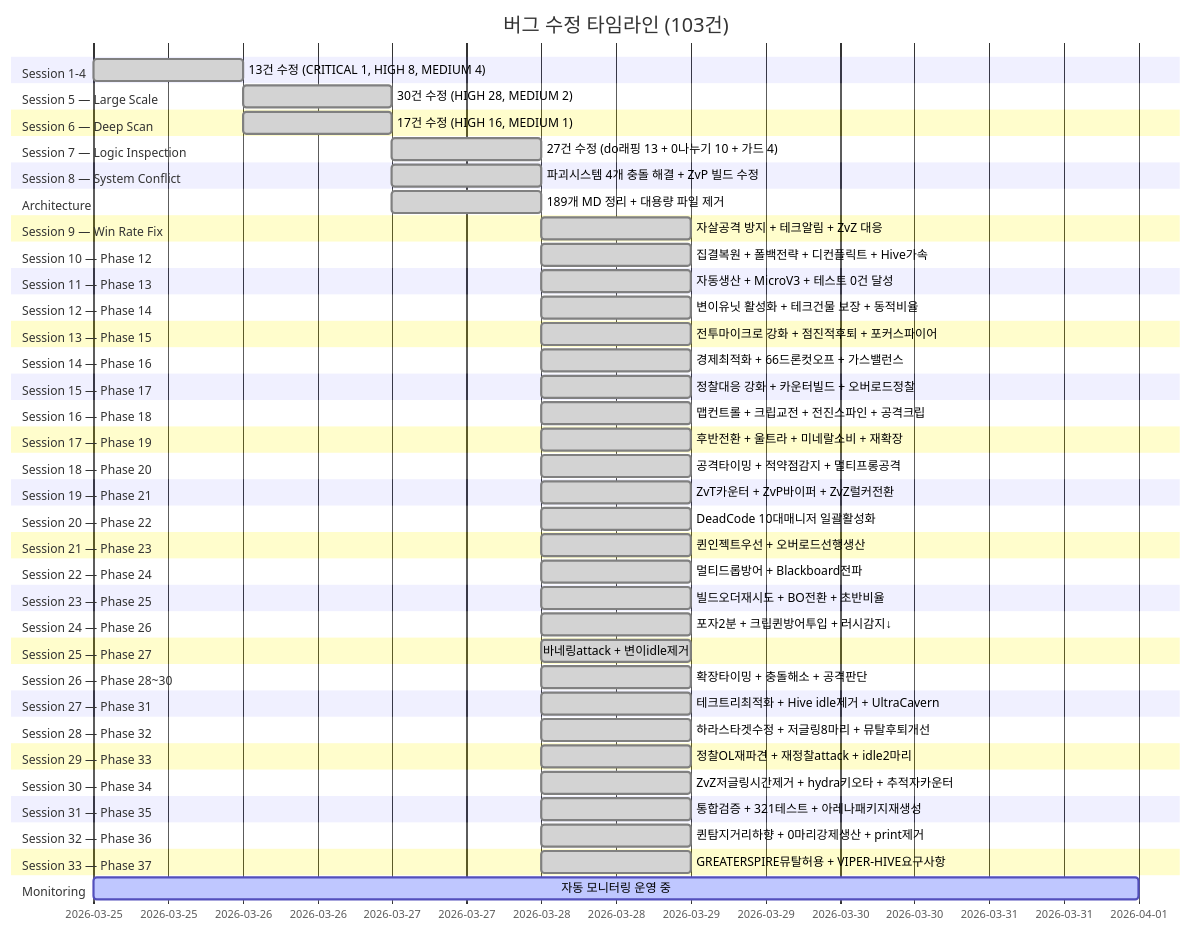
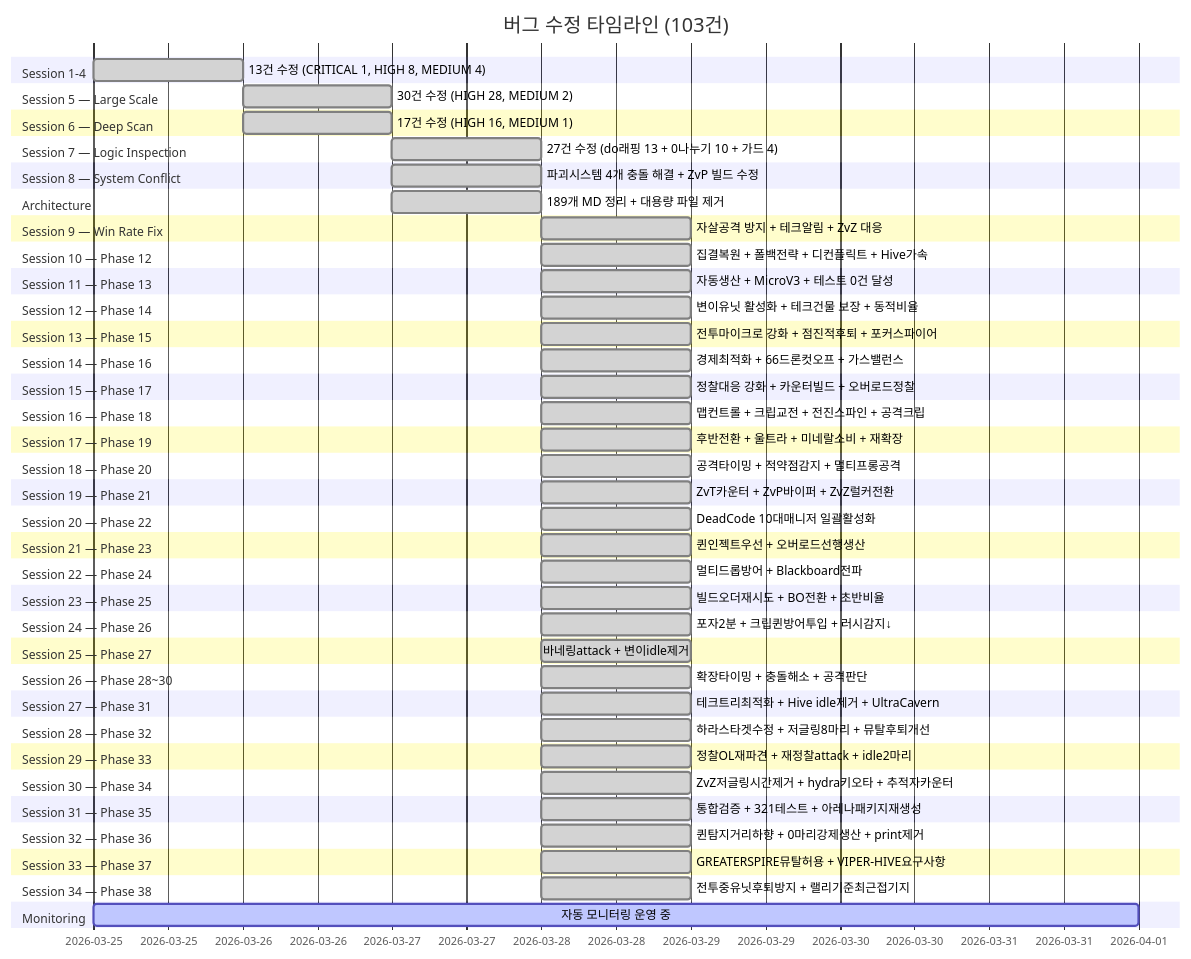
Before and after one commit to sun475300-sudo/Swarm-control-in-sc2bot: diagram 23 of 31 in README.md, drawn with Mermaid. The commit also changed other lines of this file and 2 other files, not shown here.

Commit message:
feat: Phase 38 전투집결시스템 — 전투중후퇴방지 + 랠리기준최전선기지동적변경

````diff
--- a/README.md
+++ b/README.md
@@ -633,69 +633,71 @@
 ```mermaid
 gantt
     title 버그 수정 타임라인 (103건)
     dateFormat YYYY-MM-DD
     section Session 1-4
         13건 수정 (CRITICAL 1, HIGH 8, MEDIUM 4)   :done, s1, 2026-03-25, 1d
     section Session 5 — Large Scale
         30건 수정 (HIGH 28, MEDIUM 2)              :done, s5, 2026-03-26, 1d
     section Session 6 — Deep Scan
         17건 수정 (HIGH 16, MEDIUM 1)              :done, s6, 2026-03-26, 1d
     section Session 7 — Logic Inspection
         27건 수정 (do래핑 13 + 0나누기 10 + 가드 4) :done, s7, 2026-03-27, 1d
     section Session 8 — System Conflict
         파괴시스템 4개 충돌 해결 + ZvP 빌드 수정    :done, s8, 2026-03-27, 1d
     section Architecture
         189개 MD 정리 + 대용량 파일 제거            :done, s9, 2026-03-27, 1d
     section Session 9 — Win Rate Fix
         자살공격 방지 + 테크알림 + ZvZ 대응         :done, s10, 2026-03-28, 1d
     section Session 10 — Phase 12
         집결복원 + 폴백전략 + 디컨플릭트 + Hive가속 :done, s11, 2026-03-28, 1d
     section Session 11 — Phase 13
         자동생산 + MicroV3 + 테스트 0건 달성       :done, s12, 2026-03-28, 1d
     section Session 12 — Phase 14
         변이유닛 활성화 + 테크건물 보장 + 동적비율  :done, s13, 2026-03-28, 1d
     section Session 13 — Phase 15
         전투마이크로 강화 + 점진적후퇴 + 포커스파이어 :done, s14, 2026-03-28, 1d
     section Session 14 — Phase 16
         경제최적화 + 66드론컷오프 + 가스밸런스     :done, s15, 2026-03-28, 1d
     section Session 15 — Phase 17
         정찰대응 강화 + 카운터빌드 + 오버로드정찰   :done, s16, 2026-03-28, 1d
     section Session 16 — Phase 18
         맵컨트롤 + 크립교전 + 전진스파인 + 공격크립 :done, s17, 2026-03-28, 1d
     section Session 17 — Phase 19
         후반전환 + 울트라 + 미네랄소비 + 재확장    :done, s18, 2026-03-28, 1d
     section Session 18 — Phase 20
         공격타이밍 + 적약점감지 + 멀티프롱공격     :done, s19, 2026-03-28, 1d
     section Session 19 — Phase 21
         ZvT카운터 + ZvP바이퍼 + ZvZ럴커전환      :done, s20, 2026-03-28, 1d
     section Session 20 — Phase 22
         DeadCode 10대매니저 일괄활성화            :done, s21, 2026-03-28, 1d
     section Session 21 — Phase 23
         퀸인젝트우선 + 오버로드선행생산          :done, s22, 2026-03-28, 1d
     section Session 22 — Phase 24
         멀티드롭방어 + Blackboard전파           :done, s23, 2026-03-28, 1d
     section Session 23 — Phase 25
         빌드오더재시도 + BO전환 + 초반비율     :done, s24, 2026-03-28, 1d
     section Session 24 — Phase 26
         포자2분 + 크립퀸방어투입 + 러시감지↓  :done, s25, 2026-03-28, 1d
     section Session 25 — Phase 27
         바네링attack + 변이idle제거         :done, s26, 2026-03-28, 1d
     section Session 26 — Phase 28~30
         확장타이밍 + 충돌해소 + 공격판단   :done, s27, 2026-03-28, 1d
     section Session 27 — Phase 31
         테크트리최적화 + Hive idle제거 + UltraCavern :done, s28, 2026-03-28, 1d
     section Session 28 — Phase 32
         하라스타겟수정 + 저글링8마리 + 뮤탈후퇴개선  :done, s29, 2026-03-28, 1d
     section Session 29 — Phase 33
         정찰OL재파견 + 재정찰attack + idle2마리    :done, s30, 2026-03-28, 1d
     section Session 30 — Phase 34
         ZvZ저글링시간제거 + hydra키오타 + 추적자카운터 :done, s31, 2026-03-28, 1d
     section Session 31 — Phase 35
         통합검증 + 321테스트 + 아레나패키지재생성   :done, s32, 2026-03-28, 1d
     section Session 32 — Phase 36
         퀸탐지거리하향 + 0마리강제생산 + print제거  :done, s33, 2026-03-28, 1d
     section Session 33 — Phase 37
         GREATERSPIRE뮤탈허용 + VIPER-HIVE요구사항  :done, s34, 2026-03-28, 1d
+    section Session 34 — Phase 38
+        전투중유닛후퇴방지 + 랠리기준최근접기지   :done, s35, 2026-03-28, 1d
     section Monitoring
         자동 모니터링 운영 중                        :active, mon, 2026-03-25, 7d
 ```
````
